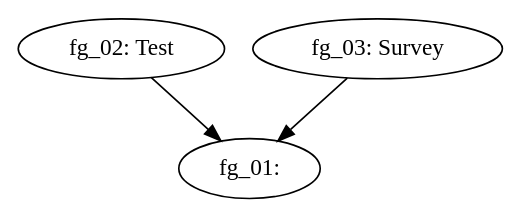
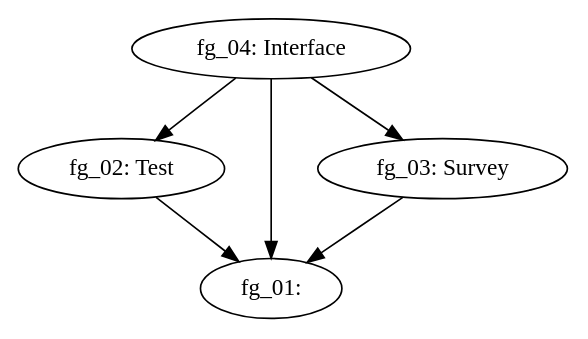
The diagram in files/demo-design2/demo-design2_UH.dot (FrankHZFang/ArchData), drawn with Graphviz before and after one commit. The commit also changed 114 other files, not shown here.

```diff
--- a/files/demo-design2/demo-design2_UH.dot
+++ b/files/demo-design2/demo-design2_UH.dot
@@ -1,4 +1,7 @@
 digraph G { 
 "fg_02: Test" -> "fg_01: "; 
 "fg_03: Survey" -> "fg_01: "; 
+"fg_04: Interface" -> "fg_03: Survey"; 
+"fg_04: Interface" -> "fg_01: "; 
+"fg_04: Interface" -> "fg_02: Test"; 
 }
```
